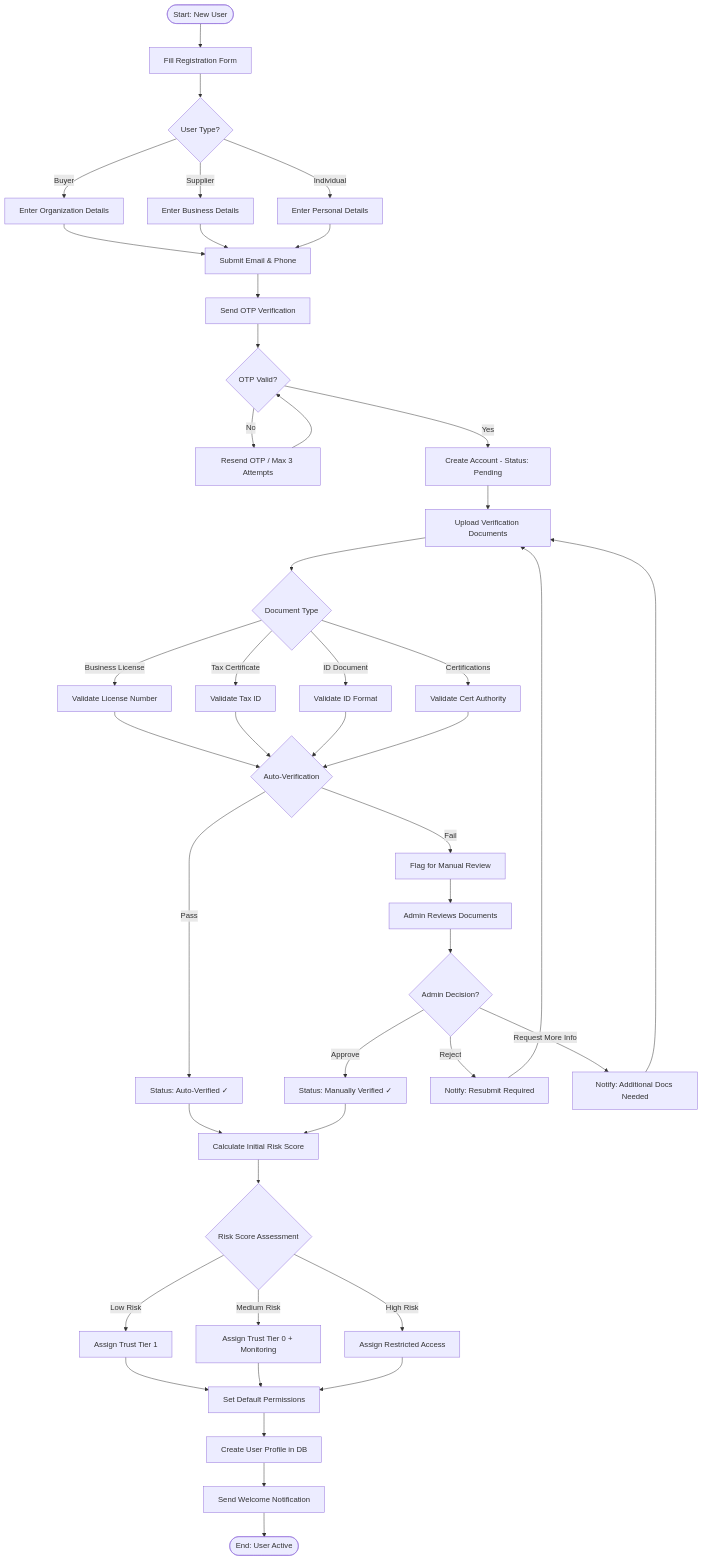
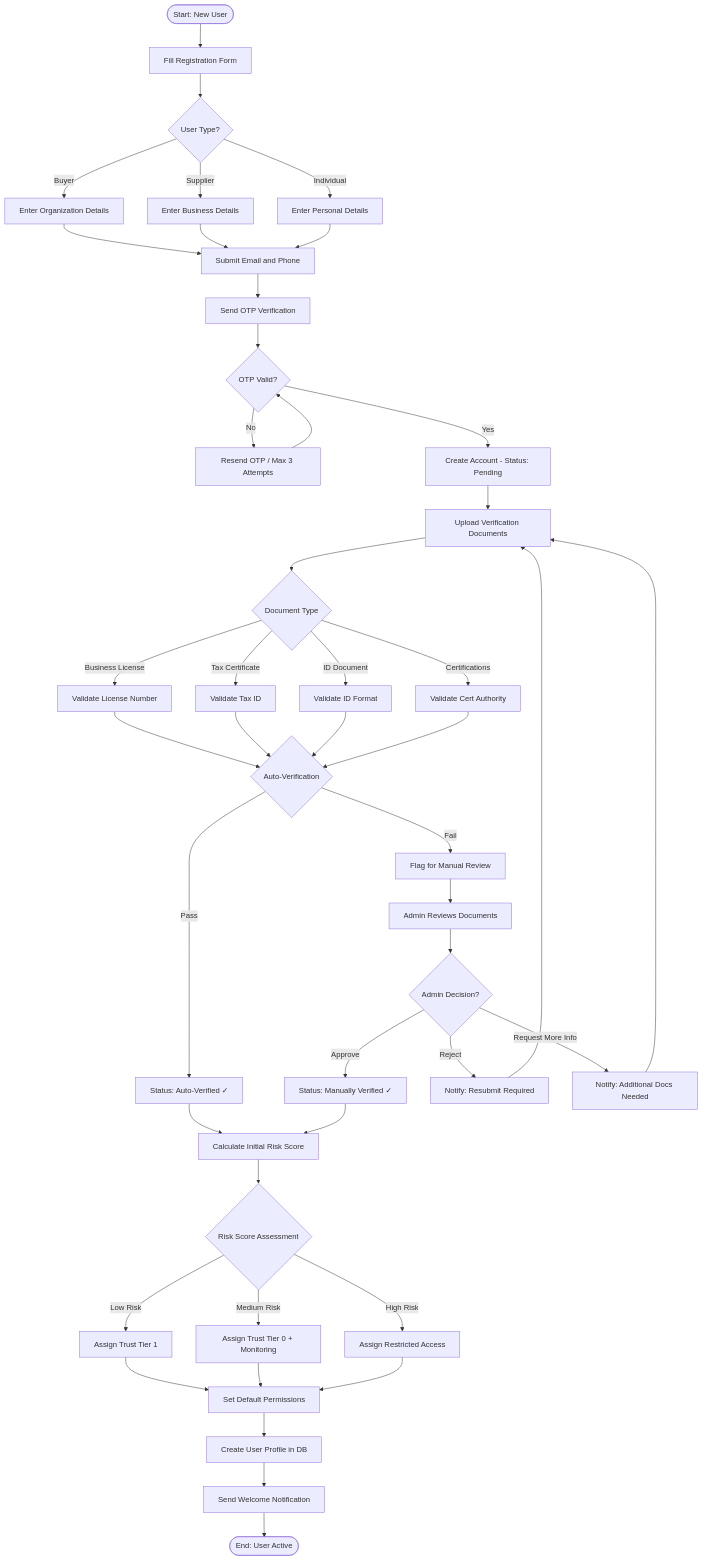
Before and after one commit to Jkatex/ProcureX: the first of 34 diagrams in FACTS/System Flowcharts.md, drawn with Mermaid. The commit also changed other lines of this file and 88 other files, not shown here.

````diff
--- a/FACTS/System Flowcharts.md
+++ b/FACTS/System Flowcharts.md
@@ -49,56 +49,56 @@
 ```mermaid
 flowchart TD
     A([Start: New User]) --> B[Fill Registration Form]
     B --> C{User Type?}
     C -->|Buyer| D[Enter Organization Details]
     C -->|Supplier| E[Enter Business Details]
     C -->|Individual| F[Enter Personal Details]
     
-    D --> G[Submit Email & Phone]
+    D --> G[Submit Email and Phone]
     E --> G
     F --> G
     
     G --> H[Send OTP Verification]
     H --> I{OTP Valid?}
     I -->|No| J[Resend OTP / Max 3 Attempts]
     J --> I
     I -->|Yes| K[Create Account - Status: Pending]
     
     K --> L[Upload Verification Documents]
     L --> M{Document Type}
     M -->|Business License| N[Validate License Number]
     M -->|Tax Certificate| O[Validate Tax ID]
     M -->|ID Document| P[Validate ID Format]
     M -->|Certifications| Q[Validate Cert Authority]
     
     N --> R{Auto-Verification}
     O --> R
     P --> R
     Q --> R
     
     R -->|Pass| S[Status: Auto-Verified ✓]
     R -->|Fail| T[Flag for Manual Review]
     T --> U[Admin Reviews Documents]
     U --> V{Admin Decision?}
     V -->|Approve| W[Status: Manually Verified ✓]
     V -->|Reject| X[Notify: Resubmit Required]
     X --> L
     V -->|Request More Info| Y[Notify: Additional Docs Needed]
     Y --> L
     
     S --> Z[Calculate Initial Risk Score]
     W --> Z
     
     Z --> AA{Risk Score Assessment}
     AA -->|Low Risk| AB[Assign Trust Tier 1]
     AA -->|Medium Risk| AC[Assign Trust Tier 0 + Monitoring]
     AA -->|High Risk| AD[Assign Restricted Access]
     
     AB --> AE[Set Default Permissions]
     AC --> AE
     AD --> AE
     
     AE --> AF[Create User Profile in DB]
     AF --> AG[Send Welcome Notification]
     AG --> AH([End: User Active])
 ```
````
